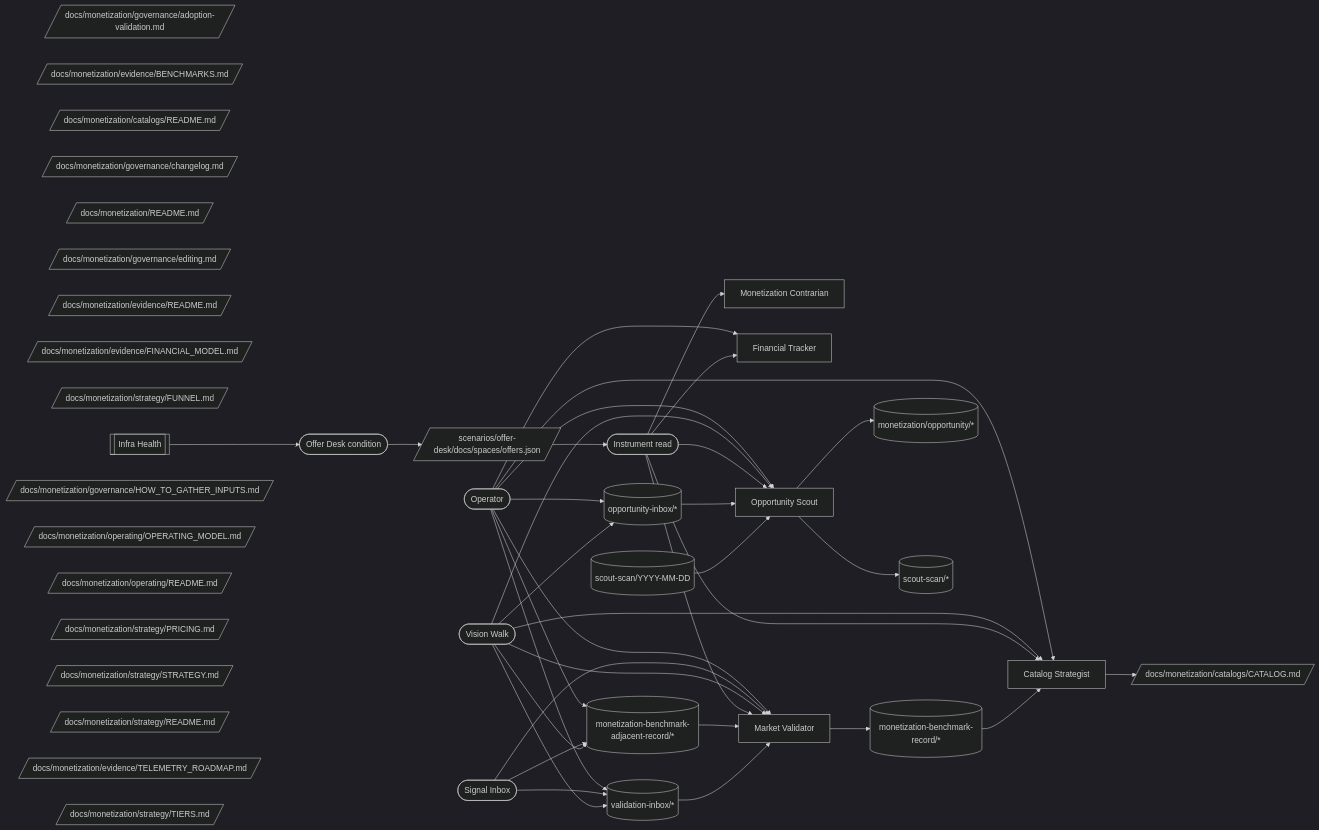
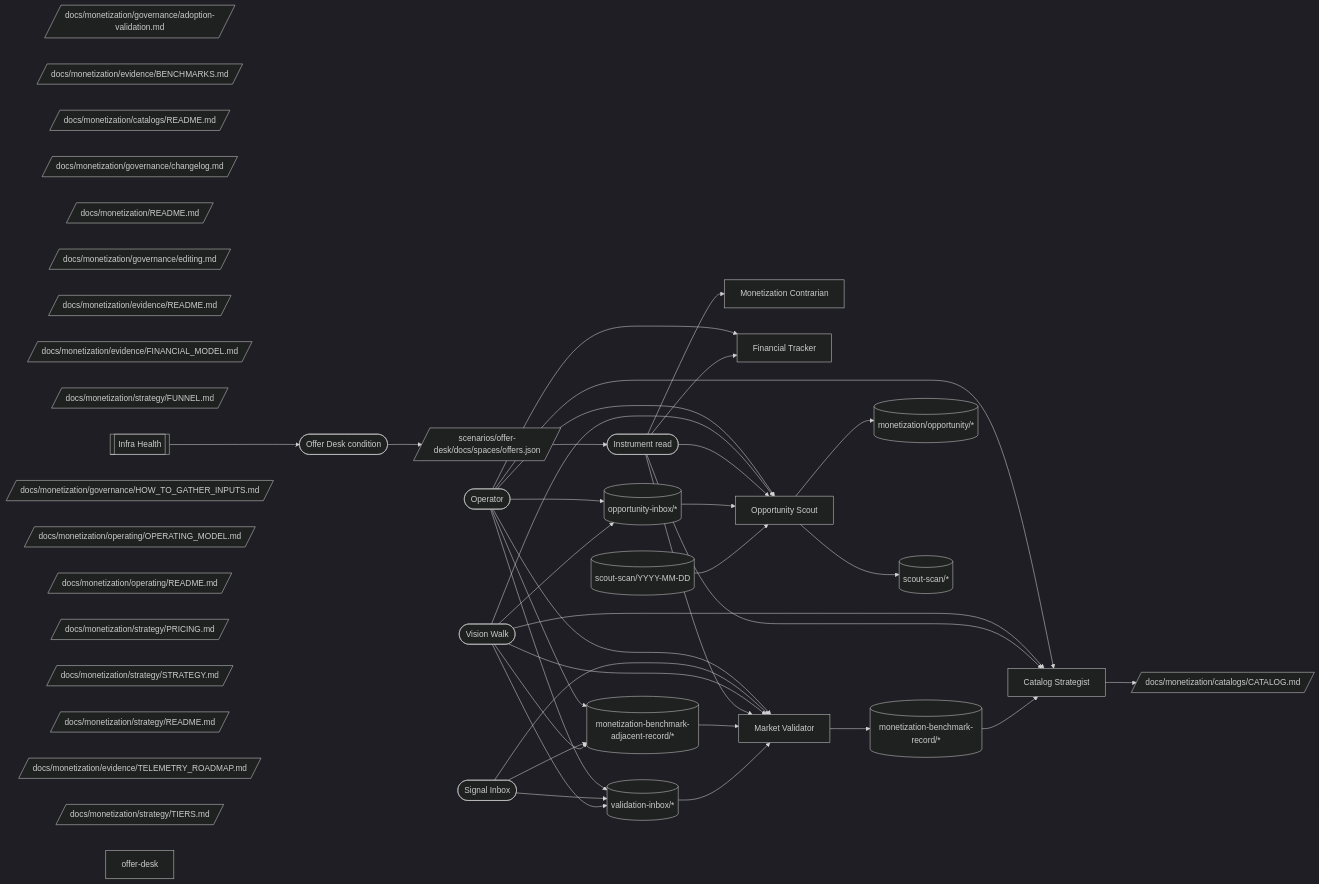
One commit to Vrooli/Vrooli changed the diagram in docs/monetization/operating/OPERATING_MODEL.md. Above: the diagram before and after it, drawn with Mermaid (dark theme). The commit also changed 121 other files, not shown here.

```diff
--- a/docs/monetization/operating/OPERATING_MODEL.md
+++ b/docs/monetization/operating/OPERATING_MODEL.md
@@ -137,6 +137,8 @@
   VAIN[(validation-inbox/*)]
   %% @node VW external:vision-walk
   VW([Vision Walk])
+  %% @node OFFERDESK instrument:offer-desk
+  OFFERDESK[offer-desk]
 
   OP --> CS
   OP --> FT
```
